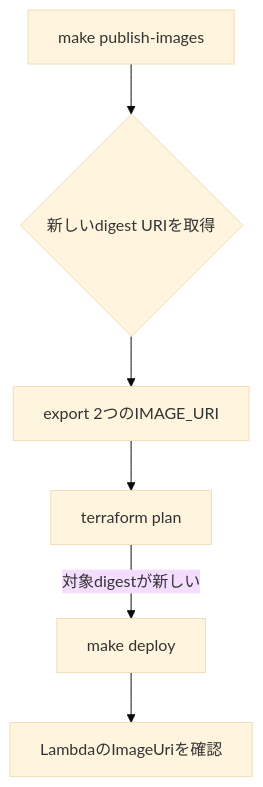
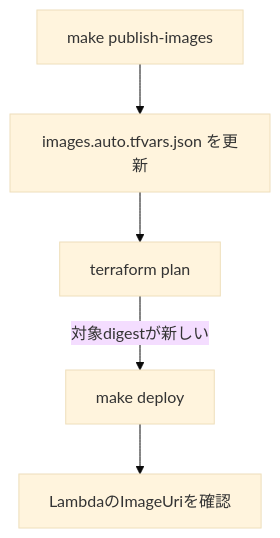
Before and after one commit to Equ1N-0-X/lambda-runtime-lab: the third of 3 diagrams in docs/06_AWSデプロイ手順.md, drawn with Mermaid (base theme). The commit also changed other lines of this file and 47 other files, not shown here.

````diff
--- a/docs/06_AWSデプロイ手順.md
+++ b/docs/06_AWSデプロイ手順.md
@@ -92,8 +91,7 @@
 ```mermaid
 flowchart TD
-  A[make publish-images] --> B{新しいdigest URIを取得}
-  B --> C[export 2つのIMAGE_URI]
-  C --> D[terraform plan]
-  D -->|対象digestが新しい| E[make deploy]
-  E --> F[LambdaのImageUriを確認]
+  A[make publish-images] --> B[images.auto.tfvars.json を更新]
+  B --> C[terraform plan]
+  C -->|対象digestが新しい| D[make deploy]
+  D --> E[LambdaのImageUriを確認]
 ```
````
